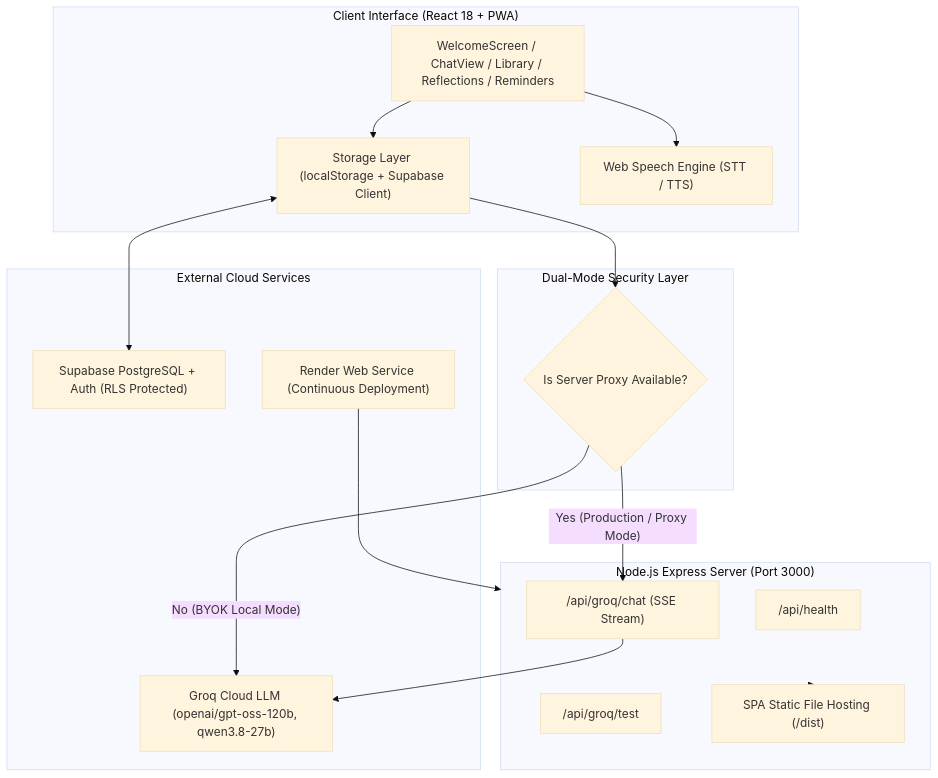
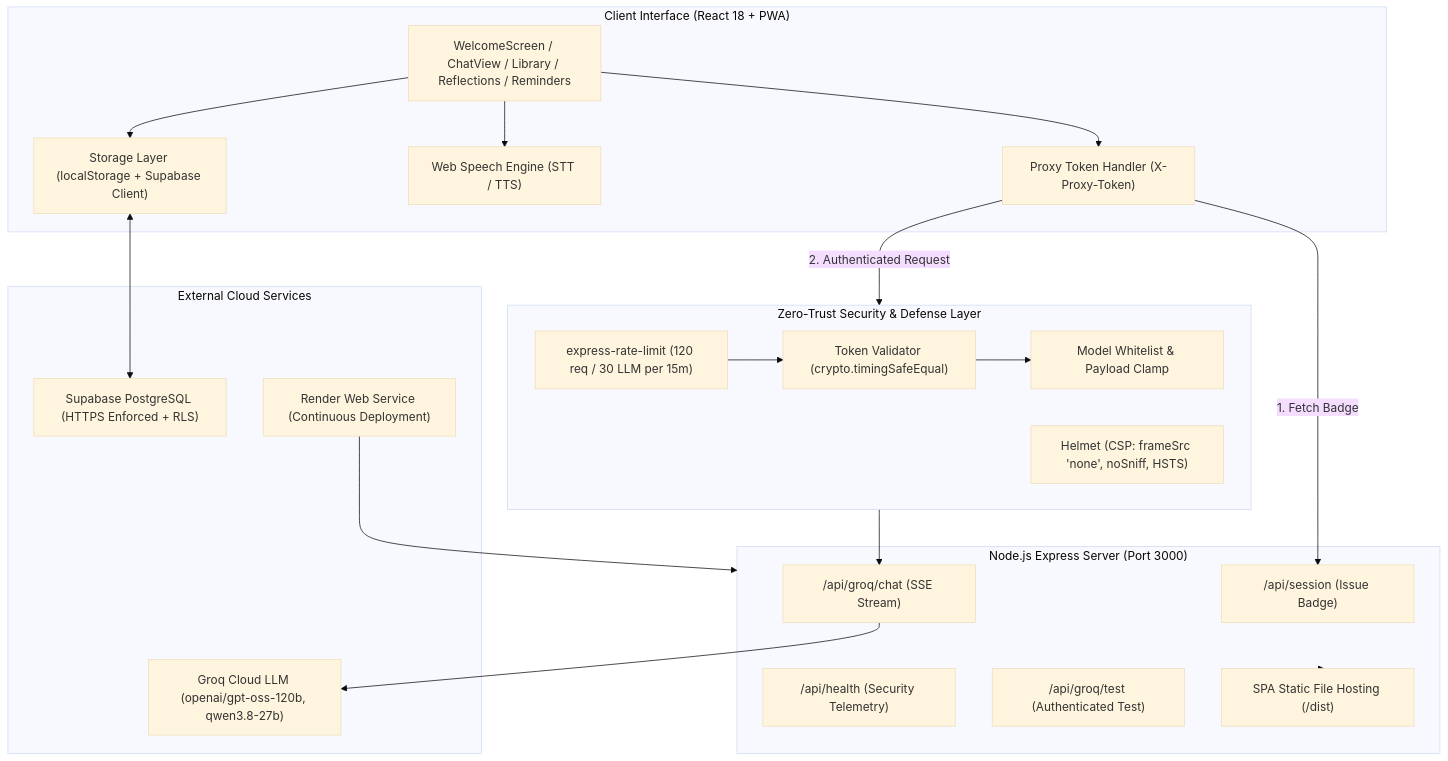
The diagram in PROGRESS.md (husnain-tech-png/My-Mentor), drawn with Mermaid (base theme) before and after one commit. The commit also changed other lines of this file and 1 other file, not shown here.

Commit message:
progress files updated

````diff
--- a/PROGRESS.md
+++ b/PROGRESS.md
@@ -160,35 +160,42 @@
 ```mermaid
 flowchart TD
     subgraph Client ["Client Interface (React 18 + PWA)"]
         UI["WelcomeScreen / ChatView / Library / Reflections / Reminders"]
         Store["Storage Layer (localStorage + Supabase Client)"]
         Speech["Web Speech Engine (STT / TTS)"]
+        TokenManager["Proxy Token Handler (X-Proxy-Token)"]
         UI --> Store
         UI --> Speech
+        UI --> TokenManager
     end
 
-    subgraph Security ["Dual-Mode Security Layer"]
-        ProxyRouter{"Is Server Proxy Available?"}
-        Store --> ProxyRouter
+    subgraph SecurityGate ["Zero-Trust Security & Defense Layer"]
+        RateLimiter["express-rate-limit (120 req / 30 LLM per 15m)"]
+        TokenValidator["Token Validator (crypto.timingSafeEqual)"]
+        HelmetHeaders["Helmet (CSP: frameSrc 'none', noSniff, HSTS)"]
+        ModelFilter["Model Whitelist & Payload Clamp"]
+        RateLimiter --> TokenValidator --> ModelFilter
     end
 
     subgraph Backend ["Node.js Express Server (Port 3000)"]
-        HealthAPI["/api/health"]
-        TestAPI["/api/groq/test"]
+        SessionAPI["/api/session (Issue Badge)"]
+        HealthAPI["/api/health (Security Telemetry)"]
+        TestAPI["/api/groq/test (Authenticated Test)"]
         ChatProxy["/api/groq/chat (SSE Stream)"]
         StaticServe["SPA Static File Hosting (/dist)"]
     end
 
     subgraph Cloud ["External Cloud Services"]
         Groq["Groq Cloud LLM (openai/gpt-oss-120b, qwen3.8-27b)"]
-        Supabase["Supabase PostgreSQL + Auth (RLS Protected)"]
+        Supabase["Supabase PostgreSQL (HTTPS Enforced + RLS)"]
         Render["Render Web Service (Continuous Deployment)"]
     end
 
-    ProxyRouter -- "Yes (Production / Proxy Mode)" --> ChatProxy
-    ProxyRouter -- "No (BYOK Local Mode)" --> Groq
+    TokenManager -- "1. Fetch Badge" --> SessionAPI
+    TokenManager -- "2. Authenticated Request" --> SecurityGate
+    SecurityGate --> ChatProxy
     ChatProxy --> Groq
     Store <--> Supabase
     Render --> Backend
     Backend --> StaticServe
 ```
````
